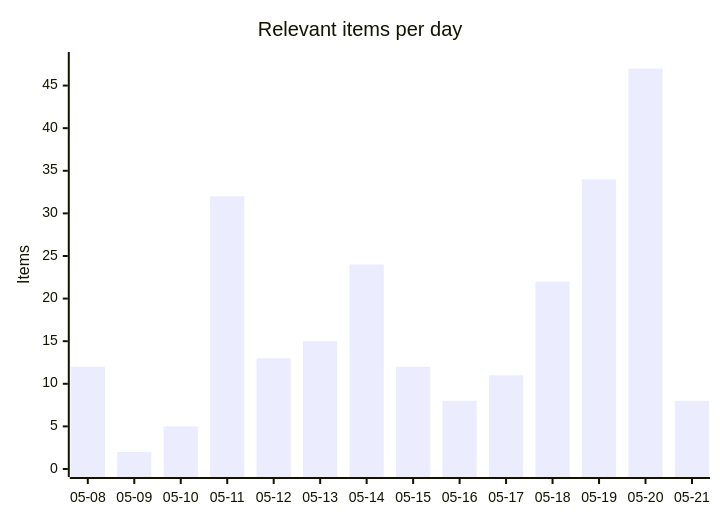
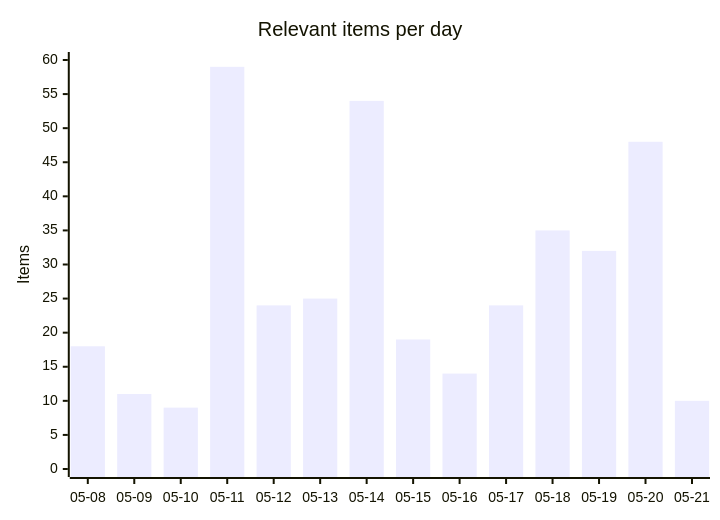
The first of 4 diagrams in README.md (martinbalfanz/social-scanner-reports), drawn with Mermaid before and after one commit. The commit also changed other lines of this file and 7 other files, not shown here.

````diff
--- a/README.md
+++ b/README.md
@@ -30,7 +30,7 @@
 ```mermaid
 xychart-beta
     title "Relevant items per day"
     x-axis ["05-08", "05-09", "05-10", "05-11", "05-12", "05-13", "05-14", "05-15", "05-16", "05-17", "05-18", "05-19", "05-20", "05-21"]
-    y-axis "Items" 0 --> 48
-    bar [12, 2, 5, 32, 13, 15, 24, 12, 8, 11, 22, 34, 47, 8]
+    y-axis "Items" 0 --> 60
+    bar [18, 11, 9, 59, 24, 25, 54, 19, 14, 24, 35, 32, 48, 10]
 ```
````
